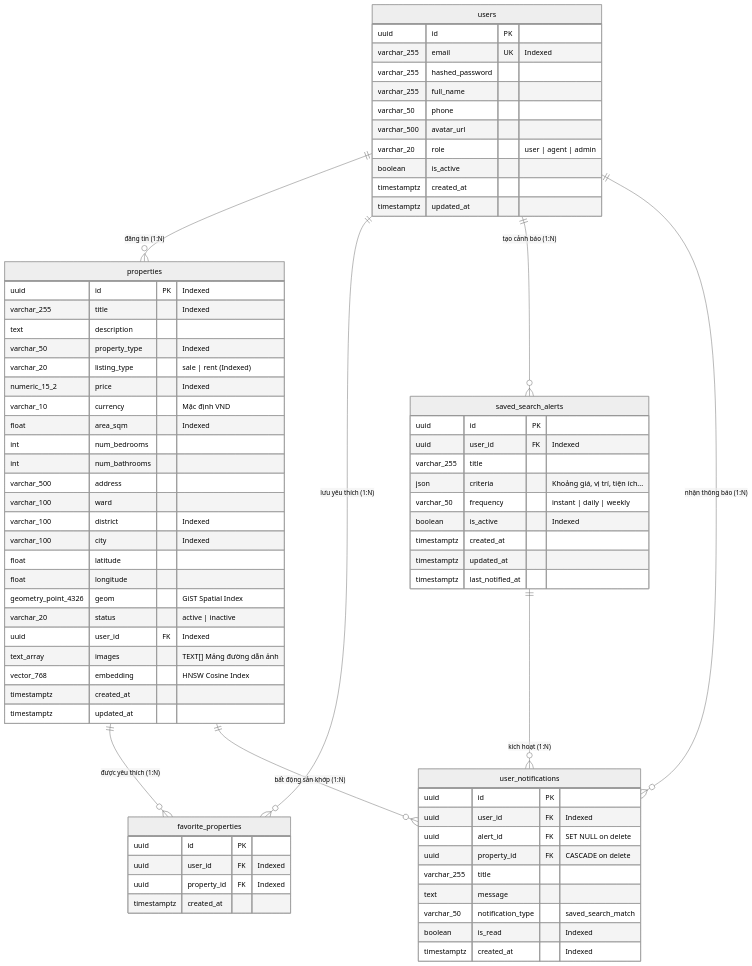
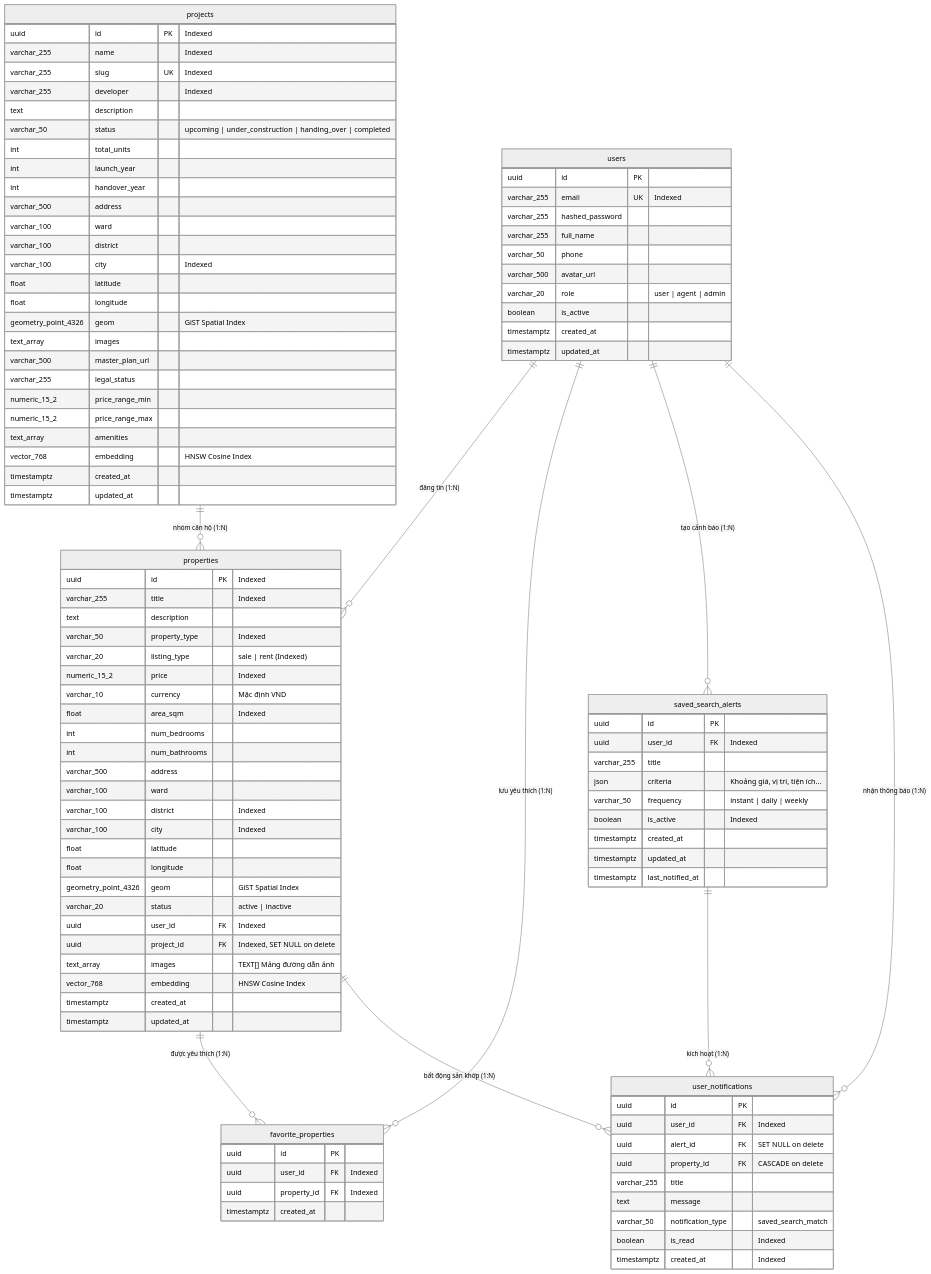
One commit to hellendaothanh/Space247 changed the diagram in docs/database-design.md. Above: the diagram before and after it, drawn with Mermaid (neutral theme). The commit also changed other lines of this file and 28 other files, not shown here.

Commit message:
feat(projects): implement real estate projects catalog, grouping and master plan support

````diff
--- a/docs/database-design.md
+++ b/docs/database-design.md
@@ -9,5 +9,6 @@
 ```mermaid
 erDiagram
+    projects ||--o{ properties : "nhóm căn hộ (1:N)"
     users ||--o{ properties : "đăng tin (1:N)"
     users ||--o{ favorite_properties : "lưu yêu thích (1:N)"
     properties ||--o{ favorite_properties : "được yêu thích (1:N)"
@@ -15,6 +16,34 @@
     users ||--o{ user_notifications : "nhận thông báo (1:N)"
     saved_search_alerts ||--o{ user_notifications : "kích hoạt (1:N)"
     properties ||--o{ user_notifications : "bất động sản khớp (1:N)"
+
+    projects {
+        uuid id PK "Indexed"
+        varchar_255 name "Indexed"
+        varchar_255 slug UK "Indexed"
+        varchar_255 developer "Indexed"
+        text description
+        varchar_50 status "upcoming | under_construction | handing_over | completed"
+        int total_units
+        int launch_year
+        int handover_year
+        varchar_500 address
+        varchar_100 ward
+        varchar_100 district
+        varchar_100 city "Indexed"
+        float latitude
+        float longitude
+        geometry_point_4326 geom "GiST Spatial Index"
+        text_array images
+        varchar_500 master_plan_url
+        varchar_255 legal_status
+        numeric_15_2 price_range_min
+        numeric_15_2 price_range_max
+        text_array amenities
+        vector_768 embedding "HNSW Cosine Index"
+        timestamptz created_at
+        timestamptz updated_at
+    }
 
     users {
         uuid id PK
@@ -49,6 +78,7 @@
         geometry_point_4326 geom "GiST Spatial Index"
         varchar_20 status "active | inactive"
         uuid user_id FK "Indexed"
+        uuid project_id FK "Indexed, SET NULL on delete"
         text_array images "TEXT[] Mảng đường dẫn ảnh"
         vector_768 embedding "HNSW Cosine Index"
         timestamptz created_at
````
